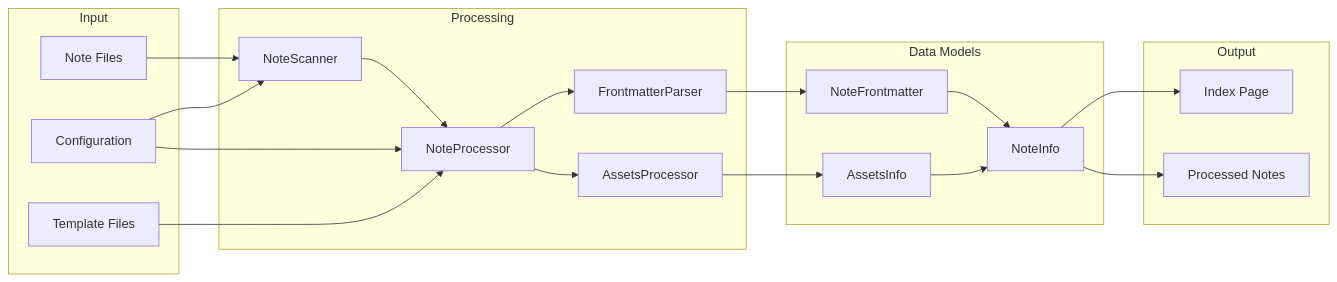
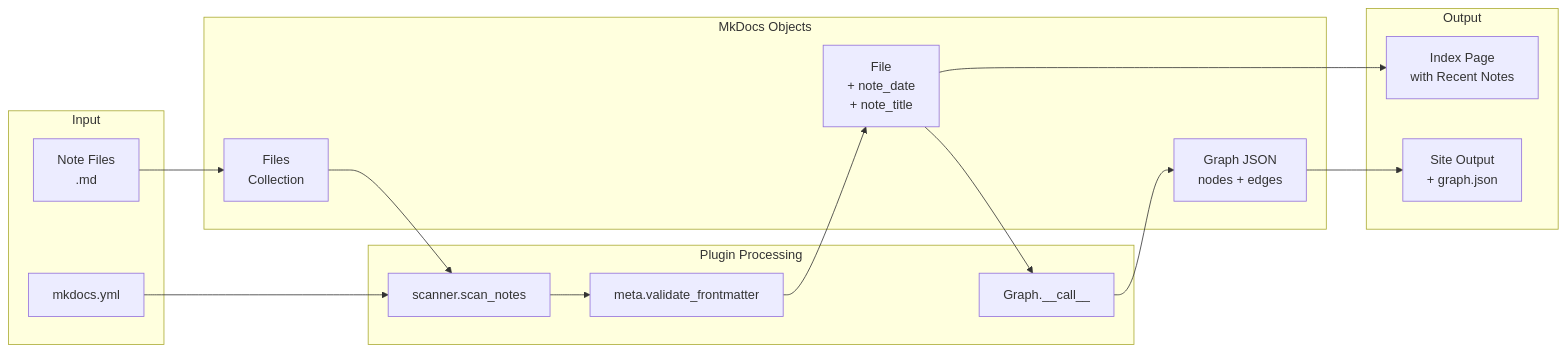
One commit to virtualguard101/mkdocs-note changed the second of 6 diagrams in docs/contributing/architecture.md. Above: the diagram before and after it, drawn with Mermaid. The commit also changed other lines of this file and 1 other file, not shown here.

````diff
--- a/docs/contributing/architecture.md
+++ b/docs/contributing/architecture.md
@@ -470,43 +452,37 @@
 ```mermaid
 graph LR
     subgraph "Input"
-        Files[Note Files]
-        Template[Template Files]
-        Config[Configuration]
+        NoteFiles[Note Files<br/>.md]
+        MkDocsConfig[mkdocs.yml]
     end
     
-    subgraph "Processing"
-        Scanner[NoteScanner]
-        Processor[NoteProcessor]
-        FMParser[FrontmatterParser]
-        AssetsProc[AssetsProcessor]
+    subgraph "Plugin Processing"
+        Scanner[scanner.scan_notes]
+        MetaValidator[meta.validate_frontmatter]
+        GraphBuilder[Graph.__call__]
     end
     
-    subgraph "Data Models"
-        NoteFM[NoteFrontmatter]
-        AssetsInfo[AssetsInfo]
-        NoteInfo[NoteInfo]
+    subgraph "MkDocs Objects"
+        FileList[Files<br/>Collection]
+        FileObj[File<br/>+ note_date<br/>+ note_title]
+        GraphData[Graph JSON<br/>nodes + edges]
     end
     
     subgraph "Output"
-        Index[Index Page]
-        ProcessedNotes[Processed Notes]
+        IndexPage[Index Page<br/>with Recent Notes]
+        SiteOutput[Site Output<br/>+ graph.json]
     end
     
-    Files --> Scanner
-    Scanner --> Processor
-    Processor --> FMParser
-    Processor --> AssetsProc
+    NoteFiles --> FileList
+    MkDocsConfig --> Scanner
     
-    FMParser --> NoteFM
-    AssetsProc --> AssetsInfo
-    NoteFM --> NoteInfo
-    AssetsInfo --> NoteInfo
+    FileList --> Scanner
+    Scanner --> MetaValidator
+    MetaValidator --> FileObj
     
-    NoteInfo --> Index
-    NoteInfo --> ProcessedNotes
+    FileObj --> GraphBuilder
+    GraphBuilder --> GraphData
     
-    Config --> Scanner
-    Config --> Processor
-    Template --> Processor
+    FileObj --> IndexPage
+    GraphData --> SiteOutput
 ```
````
